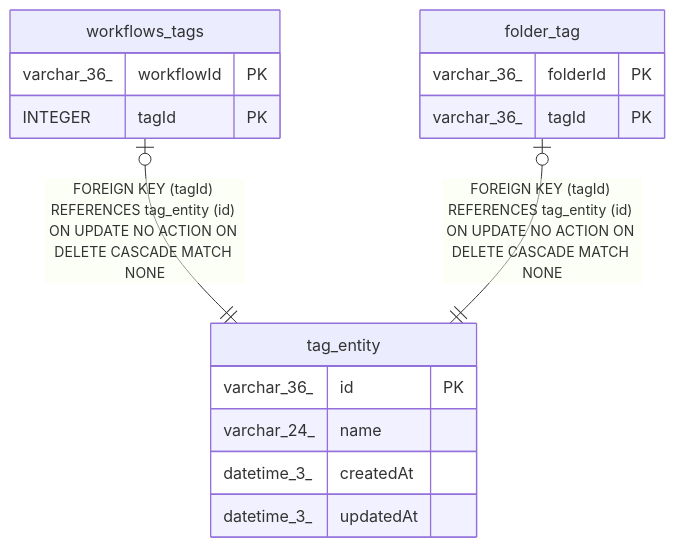
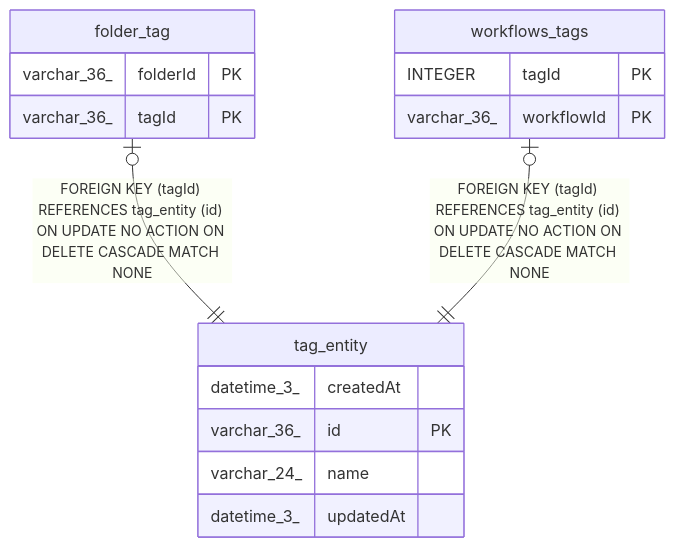
Before and after one commit to mayankjain1815-commits/n8n: the diagram in docs/generated/sqlite-schema/tag_entity.md, drawn with Mermaid. The commit also changed other lines of this file and 221 other files, not shown here.

Commit message:
chore(core): Make DB schema docs generation deterministic (#32373)

````diff
--- a/docs/generated/sqlite-schema/tag_entity.md
+++ b/docs/generated/sqlite-schema/tag_entity.md
@@ -39,21 +39,21 @@
 ```mermaid
 erDiagram
 
+"folder_tag" |o--|| "tag_entity" : "FOREIGN KEY (tagId) REFERENCES tag_entity (id) ON UPDATE NO ACTION ON DELETE CASCADE MATCH NONE"
 "workflows_tags" |o--|| "tag_entity" : "FOREIGN KEY (tagId) REFERENCES tag_entity (id) ON UPDATE NO ACTION ON DELETE CASCADE MATCH NONE"
-"folder_tag" |o--|| "tag_entity" : "FOREIGN KEY (tagId) REFERENCES tag_entity (id) ON UPDATE NO ACTION ON DELETE CASCADE MATCH NONE"
 
 "tag_entity" {
+  datetime_3_ createdAt
   varchar_36_ id PK
   varchar_24_ name
-  datetime_3_ createdAt
   datetime_3_ updatedAt
-}
-"workflows_tags" {
-  varchar_36_ workflowId PK
-  INTEGER tagId PK
 }
 "folder_tag" {
   varchar_36_ folderId PK
   varchar_36_ tagId PK
 }
+"workflows_tags" {
+  INTEGER tagId PK
+  varchar_36_ workflowId PK
+}
 ```
````
